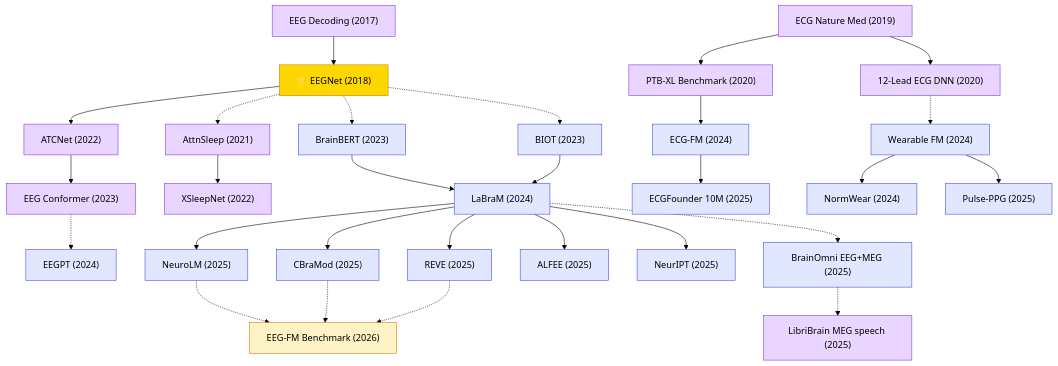
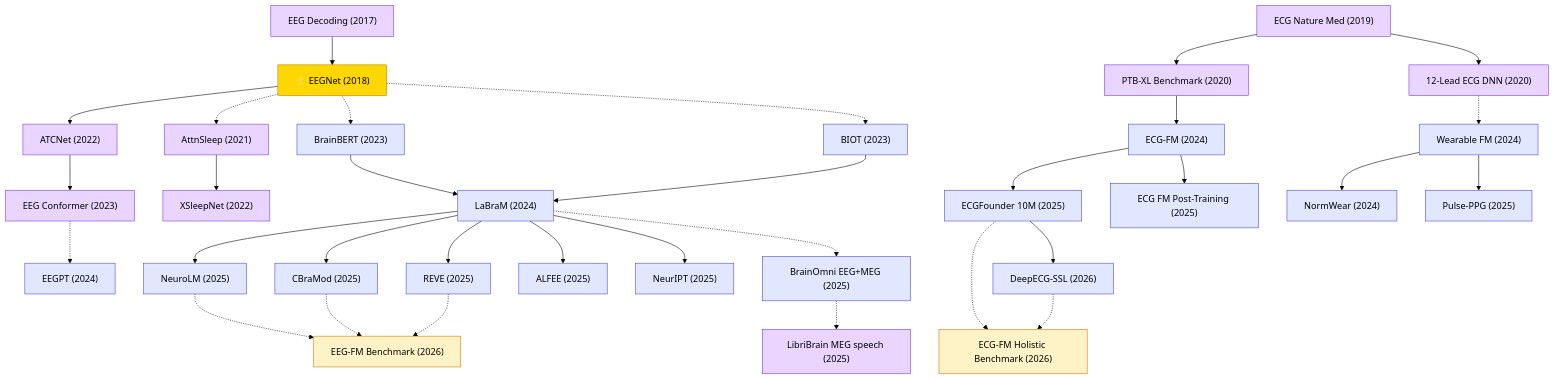
The diagram in domains/signal-processing/biomedical/README.md (zerenzhou/Awesome-Machine-Learning-Papers), drawn with Mermaid (forest theme) before and after one commit. The commit also changed other lines of this file and 2 other files, not shown here.

First line of the commit message:
docs(biomedical): add 2025-2026 ECG foundation model updates

````diff
--- a/domains/signal-processing/biomedical/README.md
+++ b/domains/signal-processing/biomedical/README.md
@@ -7,51 +7,55 @@
 ```mermaid
 graph TD
     classDef bio fill:#E9D5FF,stroke:#7C3AED
     classDef fm fill:#E0E7FF,stroke:#4F46E5
     classDef star fill:#FFD700,stroke:#B8860B
     classDef bench fill:#FEF3C7,stroke:#D97706
 
     EEGDecode["EEG Decoding (2017)"]:::bio --> EEGNet["⭐ EEGNet (2018)"]:::star
 
     %% EEG — Motor Imagery BCI
     EEGNet --> ATCNet["ATCNet (2022)"]:::bio
     ATCNet --> EEGConformer["EEG Conformer (2023)"]:::bio
 
     %% EEG — Sleep Staging
     EEGNet -.-> AttnSleep["AttnSleep (2021)"]:::bio
     AttnSleep --> XSleepNet["XSleepNet (2022)"]:::bio
 
     %% EEG — Foundation Models
     EEGNet -.-> BrainBERT["BrainBERT (2023)"]:::fm
     EEGNet -.-> BIOT["BIOT (2023)"]:::fm
     BrainBERT --> LaBraM["LaBraM (2024)"]:::fm
     BIOT --> LaBraM
     EEGConformer -.-> EEGPT["EEGPT (2024)"]:::fm
     LaBraM --> NeuroLM["NeuroLM (2025)"]:::fm
     LaBraM --> CBraMod["CBraMod (2025)"]:::fm
     LaBraM --> REVE["REVE (2025)"]:::fm
     LaBraM --> ALFEE["ALFEE (2025)"]:::fm
     LaBraM --> NeurIPT["NeurIPT (2025)"]:::fm
 
     %% Cross-modality — EEG+MEG
     LaBraM -.-> BrainOmni["BrainOmni EEG+MEG (2025)"]:::fm
 
     %% Speech BCI — non-invasive MEG
     BrainOmni -.-> LibriBrain["LibriBrain MEG speech (2025)"]:::bio
 
     %% ECG
     ECG["ECG Nature Med (2019)"]:::bio --> ECG12Lead["12-Lead ECG DNN (2020)"]:::bio
     ECG --> PTBXL["PTB-XL Benchmark (2020)"]:::bio
     PTBXL --> ECGFM["ECG-FM (2024)"]:::fm
     ECGFM --> ECGFounder["ECGFounder 10M (2025)"]:::fm
+    ECGFounder --> DeepECGSSL["DeepECG-SSL (2026)"]:::fm
+    ECGFM --> ECGPostTrain["ECG FM Post-Training (2025)"]:::fm
+    ECGFounder -.-> ECGFMBench2["ECG-FM Holistic Benchmark (2026)"]:::bench
+    DeepECGSSL -.-> ECGFMBench2
 
     %% Wearable
     ECG12Lead -.-> WearableFM["Wearable FM (2024)"]:::fm
     WearableFM --> NormWear["NormWear (2024)"]:::fm
     WearableFM --> PulsePPG["Pulse-PPG (2025)"]:::fm
 
     %% Benchmarking / critical evaluation
     NeuroLM -.-> EEGFMBench["EEG-FM Benchmark (2026)"]:::bench
     CBraMod -.-> EEGFMBench
     REVE -.-> EEGFMBench
 ```
````
